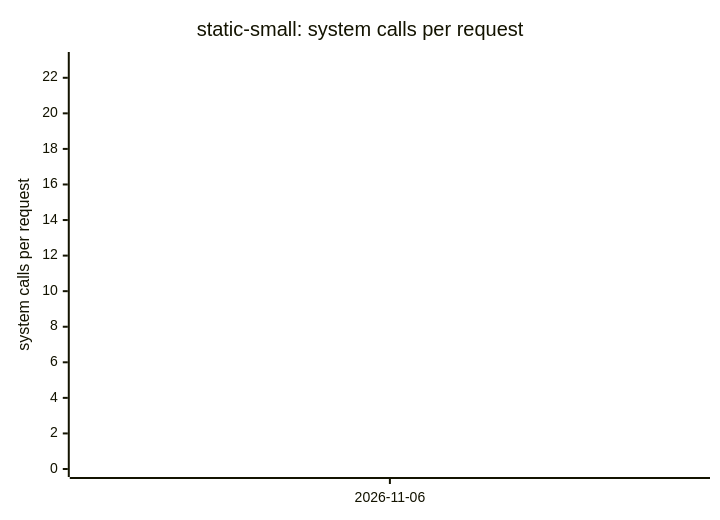
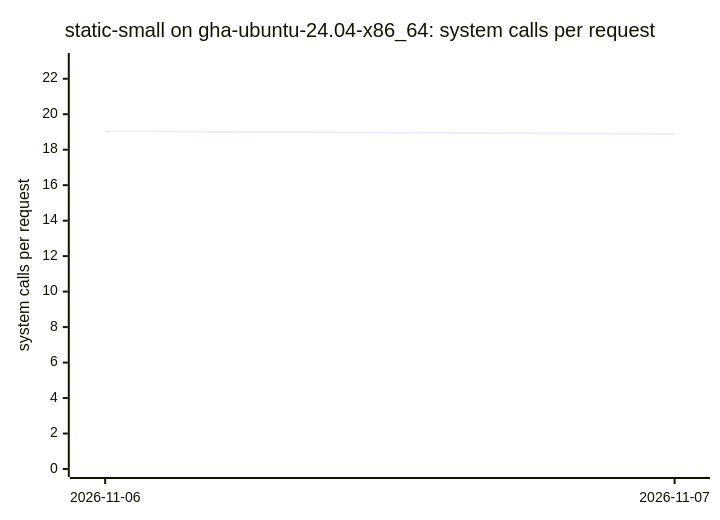
Before and after one commit to ThePixelPilgrim/durchlauferhitzer: the eighth of 14 diagrams in BENCHMARKS.md, drawn with Mermaid. The commit also changed other lines of this file and 1 other file, not shown here.

````diff
--- a/BENCHMARKS.md
+++ b/BENCHMARKS.md
@@ -85,7 +96,7 @@
 ```mermaid
 xychart-beta
-  title "static-small: system calls per request"
-  x-axis ["2026-11-06"]
+  title "static-small on gha-ubuntu-24.04-x86_64: system calls per request"
+  x-axis ["2026-11-06", "2026-11-07"]
   y-axis "system calls per request" 0 --> 23
-  line [19.04]
+  line [19.04, 18.89]
 ```
````
